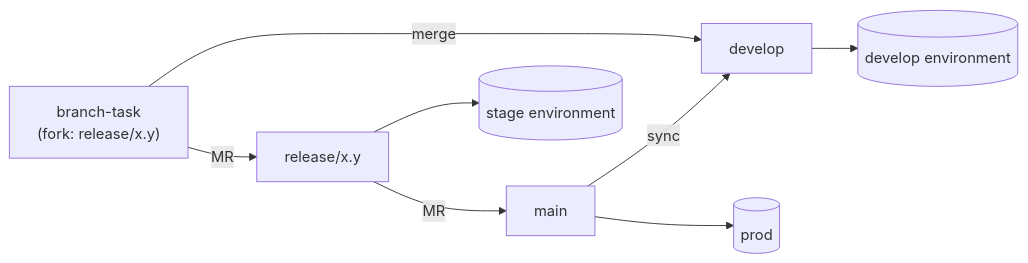
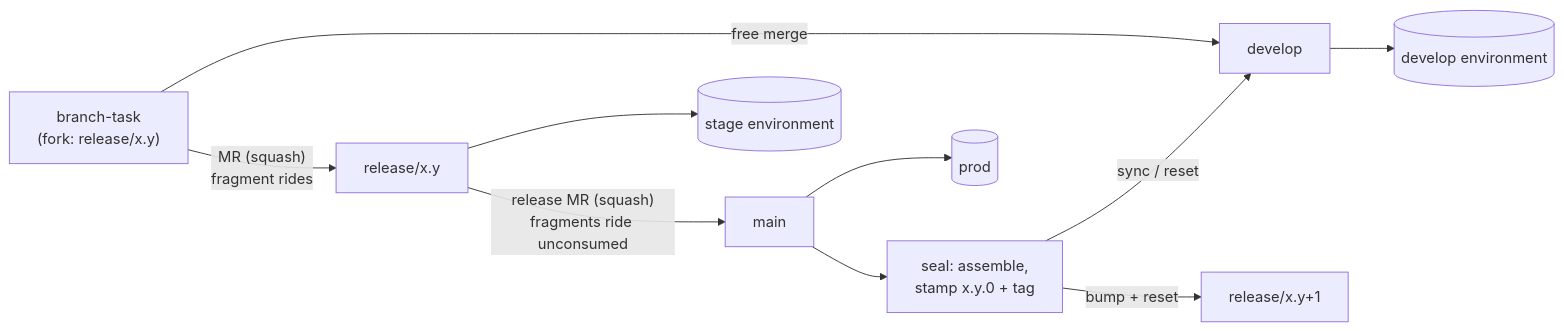
One commit to rosinfotech/standards changed the diagram in standards/git-flow-standard/rule-2610082130.md. Above: the diagram before and after it, drawn with Mermaid. The commit also changed other lines of this file and 48 other files, not shown here.

Commit message:
0.6.1: Changed: The stamp protocol moved to seal-on-main for variants #4-#5

````diff
--- a/standards/git-flow-standard/rule-2610082130.md
+++ b/standards/git-flow-standard/rule-2610082130.md
@@ -57,10 +57,12 @@
   ```mermaid
   flowchart LR
-      T["branch-task<br>(fork: release/x.y)"] -->|"merge"| D["develop"]
-      T -->|"MR"| R["release/x.y"]
-      R -->|"MR"| M["main"]
-      M -->|"sync"| D
+      T["branch-task<br>(fork: release/x.y)"] -->|"free merge"| D["develop"]
+      T -->|"MR (squash)<br>fragment rides"| R1["release/x.y"]
+      R1 -->|"release MR (squash)<br>fragments ride unconsumed"| M["main"]
+      M --> S["seal: assemble,<br>stamp x.y.0 + tag"]
+      S -->|"sync / reset"| D
+      S -->|"bump + reset"| R2["release/x.y+1"]
       D --> DE[("develop environment")]
-      R --> SE[("stage environment")]
+      R1 --> SE[("stage environment")]
       M --> PE[("prod")]
   ```
````
